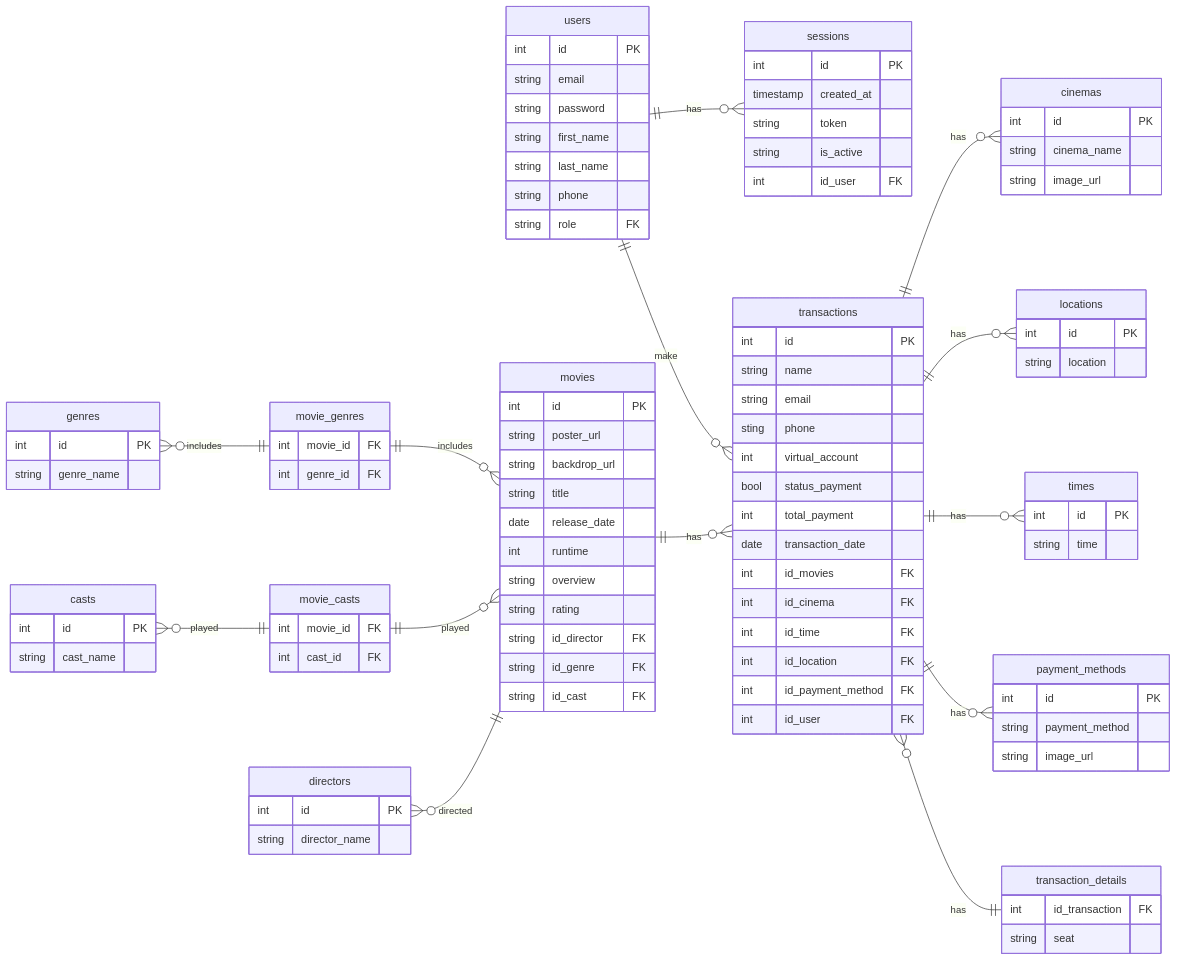
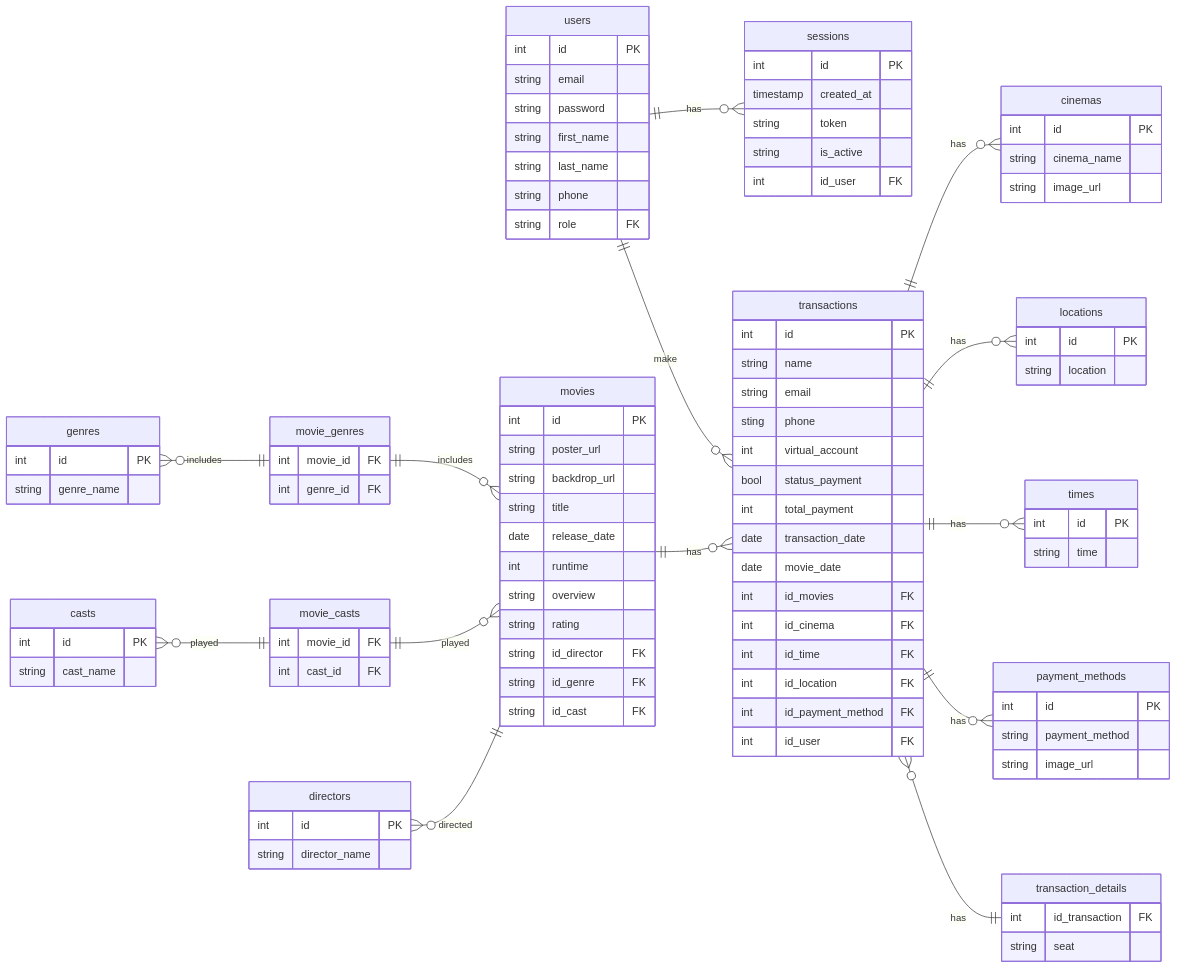
The diagram in readme.md (yusufbahtiarr/fgo24-db-weeklytask), drawn with Mermaid before and after one commit.

Commit message:
chore: add select in dml.sql

```diff
--- a/readme.md
+++ b/readme.md
@@ -83,6 +83,7 @@
     bool status_payment
     int total_payment
     date transaction_date
+    date movie_date
     int id_movies FK
     int id_cinema FK
     int id_time FK
```
